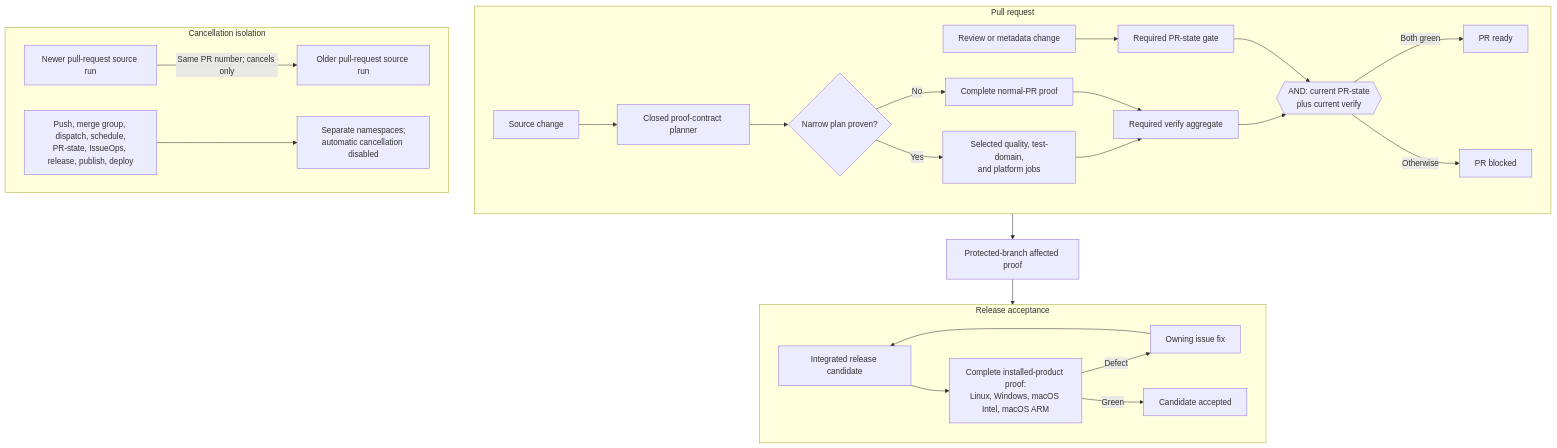
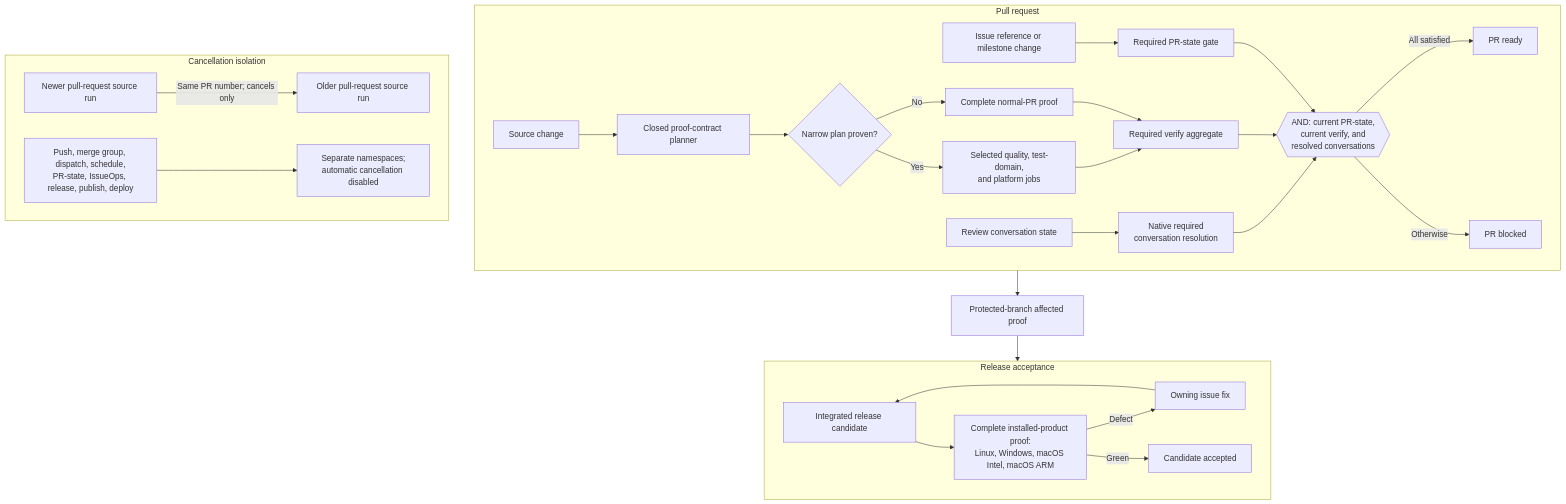
Before and after one commit to styler-ai/ProjectAtlas: diagram 38 of 38 in docs/projectatlas-3-architecture.md, drawn with Mermaid. The commit also changed other lines of this file and 4 other files, not shown here.

Commit message:
docs(ci): use native conversation resolution (#555)

````diff
--- a/docs/projectatlas-3-architecture.md
+++ b/docs/projectatlas-3-architecture.md
@@ -3295,34 +3296,36 @@
 ```mermaid
 flowchart TB
     subgraph PR[Pull request]
         direction LR
         Change[Source change] --> Plan[Closed proof-contract planner]
-        Review[Review or metadata change] --> State[Required PR-state gate]
+        Metadata[Issue reference or milestone change] --> State[Required PR-state gate]
+        Review[Review conversation state] --> Conversation[Native required<br/>conversation resolution]
         Plan --> Known{Narrow plan proven?}
         Known -->|No| Full[Complete normal-PR proof]
         Known -->|Yes| Selected[Selected quality, test-domain,<br/>and platform jobs]
         Full --> Verify[Required verify aggregate]
         Selected --> Verify
-        State --> Gate{{AND: current PR-state<br/>plus current verify}}
+        State --> Gate{{AND: current PR-state,<br/>current verify, and<br/>resolved conversations}}
         Verify --> Gate
-        Gate -->|Both green| Ready[PR ready]
+        Conversation --> Gate
+        Gate -->|All satisfied| Ready[PR ready]
         Gate -->|Otherwise| Blocked[PR blocked]
     end
 
     Ready --> Main[Protected-branch affected proof]
     Main --> Candidate[Integrated release candidate]
 
     subgraph Cancellation[Cancellation isolation]
         direction LR
         Newer[Newer pull-request source run] -->|Same PR number; cancels only| Older[Older pull-request source run]
         Others[Push, merge group, dispatch, schedule,<br/>PR-state, IssueOps, release, publish, deploy] --> Isolated[Separate namespaces;<br/>automatic cancellation disabled]
     end
 
     subgraph Release[Release acceptance]
         direction LR
         Candidate --> Matrix[Complete installed-product proof:<br/>Linux, Windows, macOS Intel, macOS ARM]
         Matrix -->|Defect| Fix[Owning issue fix]
         Fix --> Candidate
         Matrix -->|Green| Accept[Candidate accepted]
     end
 ```
````
